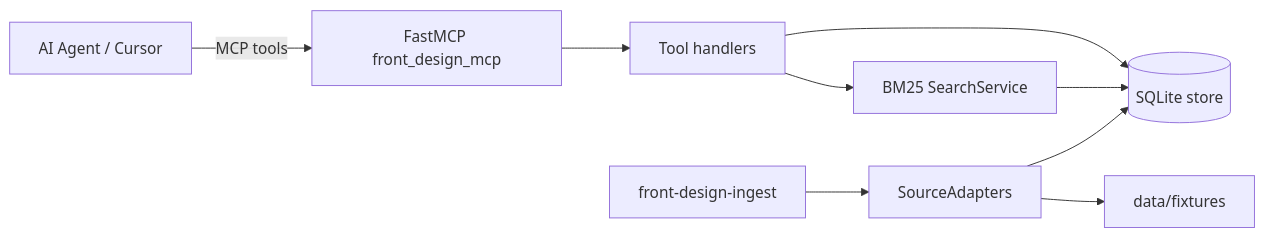
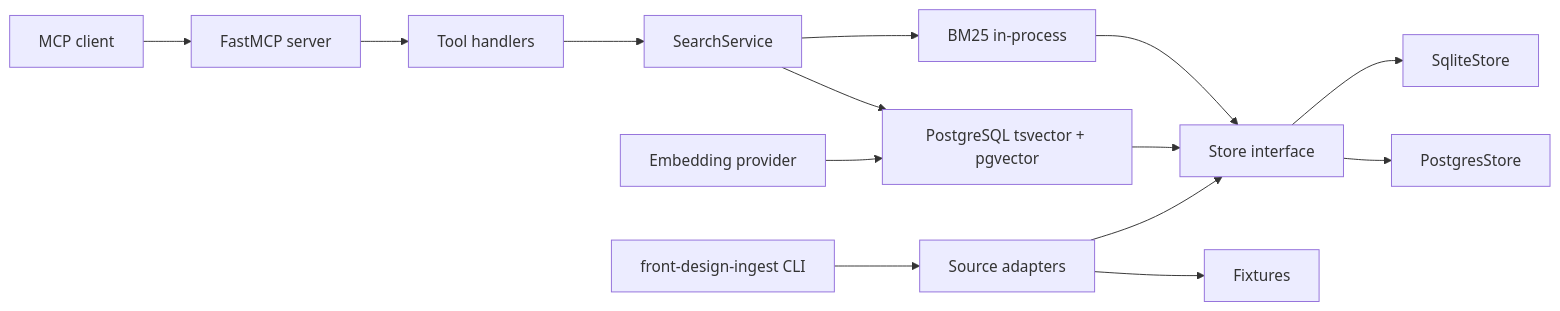
The diagram in README.md (miguelcc06/front-design-mcp), drawn with Mermaid before and after one commit. The commit also changed other lines of this file and 6 other files, not shown here.

````diff
--- a/README.md
+++ b/README.md
@@ -16,11 +37,16 @@
 ```mermaid
 flowchart LR
-  Agent[AI Agent / Cursor] -->|MCP tools| Server[FastMCP front_design_mcp]
-  Server --> Tools[Tool handlers]
-  Tools --> Search[BM25 SearchService]
-  Tools --> Store[(SQLite store)]
-  Ingest[front-design-ingest] --> Adapters[SourceAdapters]
-  Adapters --> Fixtures[data/fixtures]
-  Adapters --> Store
-  Search --> Store
+  Client[MCP client] --> Server[FastMCP server]
+  Server --> Handlers[Tool handlers]
+  Handlers --> Search[SearchService]
+  Search --> BM25[BM25 in-process]
+  Search --> PGSearch[PostgreSQL tsvector + pgvector]
+  BM25 --> StoreIface[Store interface]
+  PGSearch --> StoreIface
+  StoreIface --> Sqlite[SqliteStore]
+  StoreIface --> Postgres[PostgresStore]
+  Ingest[front-design-ingest CLI] --> Adapters[Source adapters]
+  Adapters --> Fixtures[Fixtures]
+  Adapters --> StoreIface
+  Embed[Embedding provider] --> PGSearch
 ```
````
